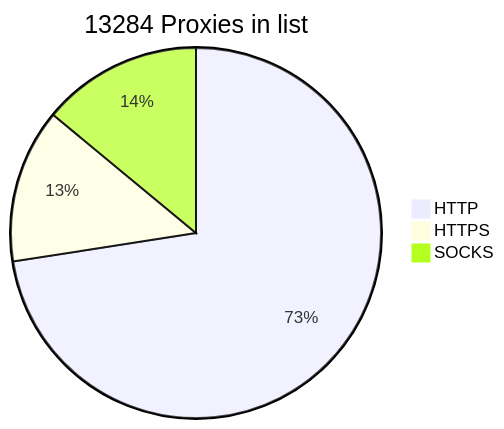
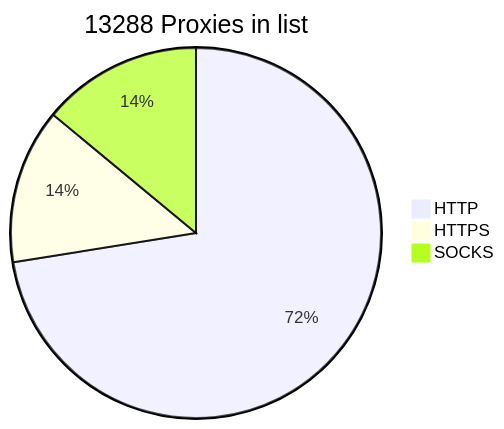
One commit to BlackSnowDot/proxylist-update-every-minute changed the diagram in README.md. Above: the diagram before and after it, drawn with Mermaid.

````diff
--- a/README.md
+++ b/README.md
@@ -2,6 +2,6 @@
 ```mermaid
-pie title 13284 Proxies in list
-    "HTTP" : 9939
-    "HTTPS": 1844
+pie title 13288 Proxies in list
+    "HTTP" : 9933
+    "HTTPS": 1855
     "SOCKS" : 1918
 ```
````
